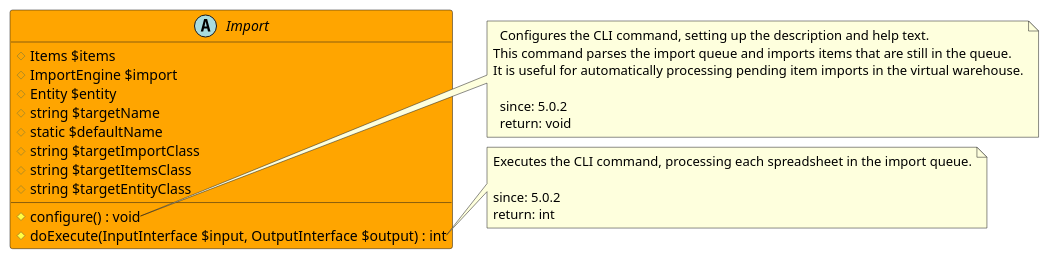
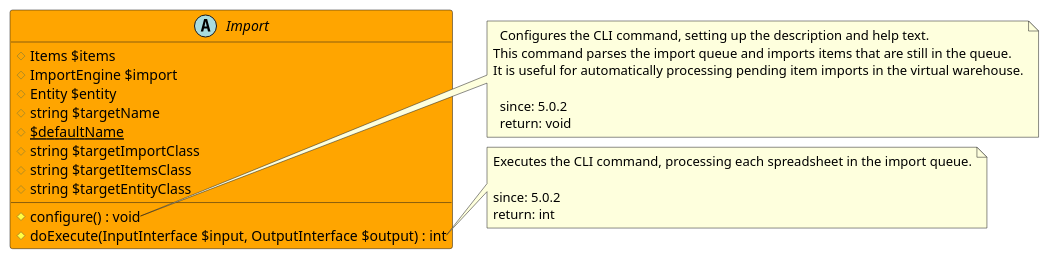
One commit to joomengine/super-powers changed the diagram in src/4aeb19ac-cc27-4b79-89a9-178421def286/README.md. Above: the diagram before and after it, drawn with PlantUML. The commit also changed other lines of this file, not shown here.

Commit message:
Update JCB.Abstraction.Console.Import readme file

````diff
--- a/src/4aeb19ac-cc27-4b79-89a9-178421def286/README.md
+++ b/src/4aeb19ac-cc27-4b79-89a9-178421def286/README.md
@@ -6,34 +6,34 @@
 ```uml
 @startuml
 
 abstract Import  #Orange {
   # Items $items
   # ImportEngine $import
   # Entity $entity
   # string $targetName
-  # static $defaultName
+  # {static} $defaultName
   # string $targetImportClass
   # string $targetItemsClass
   # string $targetEntityClass
   # configure() : void
   # doExecute(InputInterface $input, OutputInterface $output) : int
 }
 
 note right of Import::configure
   Configures the CLI command, setting up the description and help text.
 This command parses the import queue and imports items that are still in the queue.
 It is useful for automatically processing pending item imports in the virtual warehouse.
 
   since: 5.0.2
   return: void
 end note
 
 note right of Import::doExecute
   Executes the CLI command, processing each spreadsheet in the import queue.
 
   since: 5.0.2
   return: int
 end note
 
 @enduml
 ```
````
